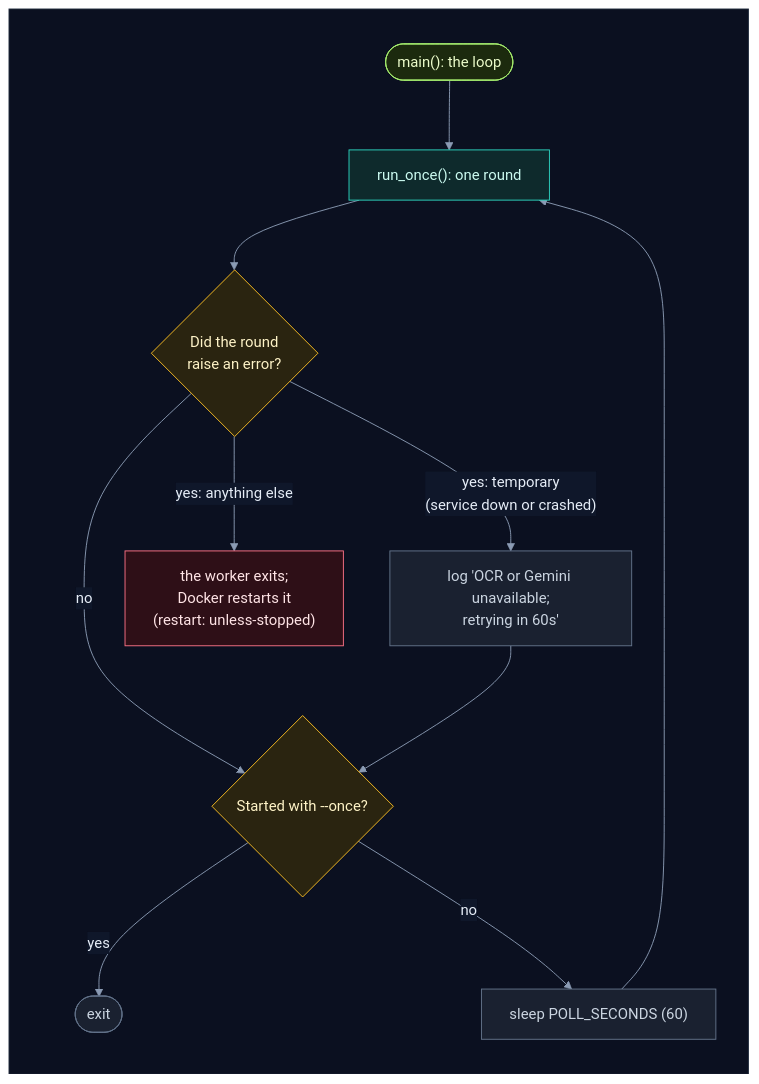
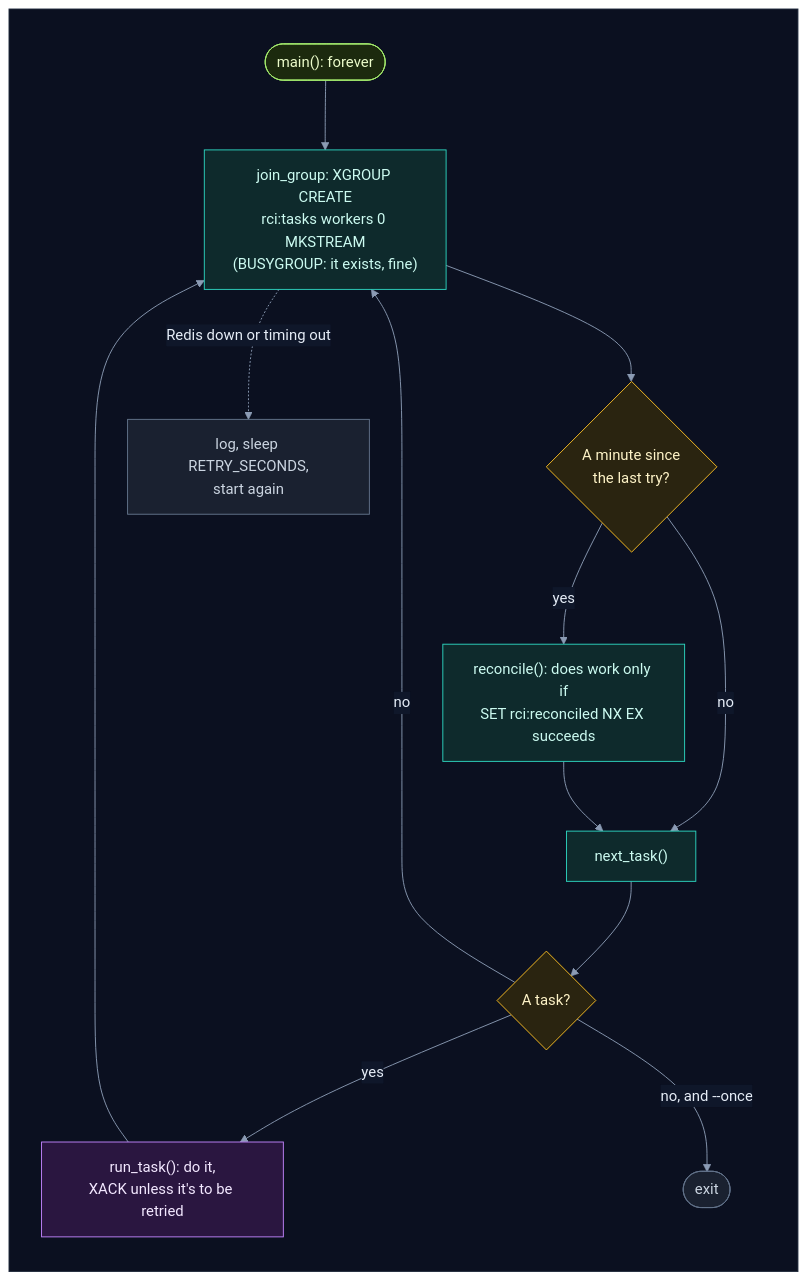
One commit to selvakumarperumal/Regulatory_Circular_Impact_Agent changed the fourth of 19 diagrams in backend/worker/INTERNALS.md. Above: the diagram before and after it, drawn with Mermaid. The commit also changed other lines of this file and 8 other files, not shown here.

Commit message:
Document the task queue and multi-company design

````diff
--- a/backend/worker/INTERNALS.md
+++ b/backend/worker/INTERNALS.md
@@ -195,32 +208,34 @@
 ```mermaid
 %%{init: {"theme": "base", "flowchart": {"diagramPadding": 0}, "themeVariables": {"darkMode": true, "primaryColor": "#16213a", "primaryTextColor": "#e6edf7", "primaryBorderColor": "#475a7a", "lineColor": "#8b9bb4", "secondaryColor": "#1b2436", "tertiaryColor": "#101a2e", "edgeLabelBackground": "#0f172a", "textColor": "#e2e8f0", "clusterBkg": "#0f1728", "clusterBorder": "#2b3a55", "titleColor": "#c4b5fd", "nodeTextColor": "#e6edf7"}}}%%
 flowchart TD
     subgraph canvas[" "]
         direction TB
-        start(["main(): the loop"]) --> run["run_once(): one round"]
-        run --> ok{"Did the round<br/>raise an error?"}
-        ok -->|"no"| once{"Started with --once?"}
-        ok -->|"yes: temporary<br/>(service down or crashed)"| warn["log 'OCR or Gemini unavailable;<br/>retrying in 60s'"]
-        ok -->|"yes: anything else"| crash["the worker exits;<br/>Docker restarts it<br/>(restart: unless-stopped)"]
-        warn --> once
-        once -->|"yes"| stop(["exit"])
-        once -->|"no"| sleep["sleep POLL_SECONDS (60)"]
-        sleep --> run
+        start(["main(): forever"]) --> join["join_group: XGROUP CREATE<br/>rci:tasks workers 0 MKSTREAM<br/>(BUSYGROUP: it exists, fine)"]
+        join --> due{"A minute since<br/>the last try?"}
+        due -->|"yes"| rec["reconcile(): does work only if<br/>SET rci:reconciled NX EX succeeds"]
+        due -->|"no"| next
+        rec --> next["next_task()"]
+        next --> got{"A task?"}
+        got -->|"yes"| run["run_task(): do it,<br/>XACK unless it's to be retried"]
+        got -->|"no, and --once"| stop(["exit"])
+        got -->|"no"| join
+        run --> join
+        join -.->|"Redis down or timing out"| wait["log, sleep RETRY_SECONDS,<br/>start again"]
     end
     classDef svc fill:#0e2a2c,stroke:#2dd4bf,color:#ccfbf1
     classDef data fill:#1c1a47,stroke:#818cf8,color:#e0e7ff
     classDef ext fill:#2a1640,stroke:#c084fc,color:#f3e8ff
     classDef gpu fill:#2d1b0c,stroke:#fb923c,color:#ffedd5
     classDef ask fill:#2a2410,stroke:#fbbf24,color:#fef3c7
     classDef ok fill:#0b2a1c,stroke:#34d399,color:#d1fae5
     classDef bad fill:#2e0f17,stroke:#fb7185,color:#ffe4e6
     classDef start fill:#1c2a0e,stroke:#a7ef6f,color:#ecfccb
     classDef muted fill:#1a2130,stroke:#64748b,color:#cbd5e1
+    classDef queue fill:#0c2231,stroke:#38bdf8,color:#e0f2fe
     class start start
-    class run svc
-    class ok,once ask
-    class warn,sleep muted
-    class crash bad
-    class stop muted
+    class join,rec,next svc
+    class due,got ask
+    class run ext
+    class stop,wait muted
     style canvas fill:#0b1020,stroke:#1e293b,color:#0b1020
 ```
````
